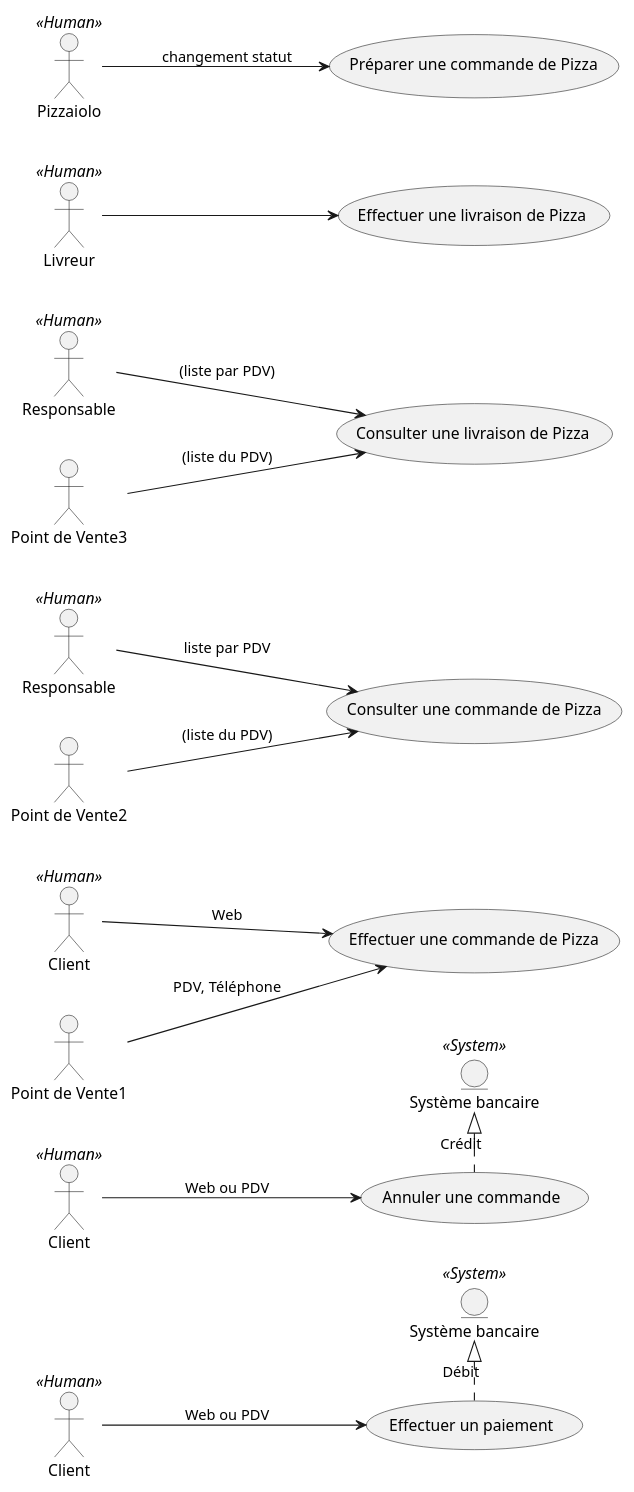
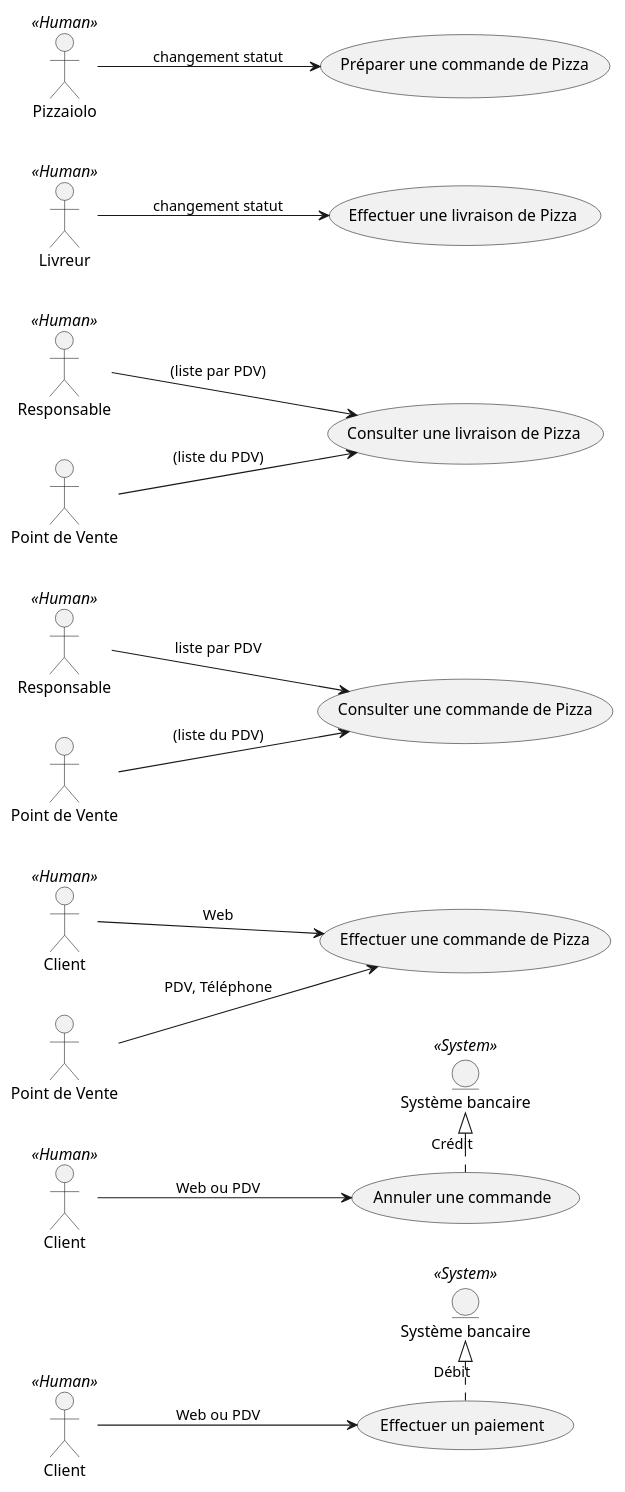
Before and after one commit to rvallet/oc-pizza: the diagram in uml/src/use-case-diagram-order.puml, drawn with PlantUML. The commit also changed 1 other file, not shown here.

Commit message:
updated use-case order, pdv and stock

```diff
--- a/uml/src/use-case-diagram-order.puml
+++ b/uml/src/use-case-diagram-order.puml
@@ -1,58 +1,53 @@
 @startuml
 skinparam sequenceReferenceBorderColor blue
 skinparam sequenceReferenceBackgroundColor red
 /' Start UML Class '/
 left to right direction
 
 actor Client << Human >> as C1
 actor Client << Human >> as C2
 actor Client << Human >> as C3
-
 actor Responsable << Human >> as R1
 actor Responsable << Human >> as R2
 entity "Système bancaire" << System >> as Bank1
 entity "Système bancaire" << System >> as Bank2
-
-Livreur << Human >>
-Pizzaiolo << Human >>
-
-:Point de Vente1: as PDV1
-:Point de Vente2: as PDV2
-:Point de Vente3: as PDV3
+actor Livreur << Human >>
+actor Pizzaiolo << Human >>
+actor "Point de Vente" as PDV1
+actor "Point de Vente" as PDV2
+actor "Point de Vente" as PDV3
 
 /' Effectuer une commande de Pizza '/
 (Effectuer une commande de Pizza) as (setOrder)
-
 C1 --> (setOrder) : Web
 PDV1 --> (setOrder) : PDV, Téléphone
 
 /' Consulter une commande de Pizza '/
 (Consulter une commande de Pizza) as (getOrder)
 PDV2 --> (getOrder) : (liste du PDV)
 R1 --> (getOrder) : liste par PDV
 
 /' Préparer une commande de Pizza '/
 (Préparer une commande de Pizza) as (setPrepare)
 Pizzaiolo --> (setPrepare) : changement statut
 
 /' Effectuer une livraison de Pizza '/
 (Effectuer une livraison de Pizza) as (setDelivery)
-Livreur --> (setDelivery)
+Livreur --> (setDelivery) : changement statut
 
 /' Consulter une livraison de Pizza '/
 (Consulter une livraison de Pizza) as (getDelivery)
 R2 --> (getDelivery) : (liste par PDV)
-
 PDV3 --> (getDelivery) : (liste du PDV)
 
 /' Effectuer un paiement '/
 (Effectuer un paiement) as (setPayment)
 C2 --> (setPayment) : Web ou PDV
 Bank1 <|. (setPayment) : Débit
 
 /' Annuler une commande '/
 (Annuler une commande) as (delOrder)
 C3 --> (delOrder) : Web ou PDV
 Bank2 <|. (delOrder) : Crédit
 
 @enduml
```
